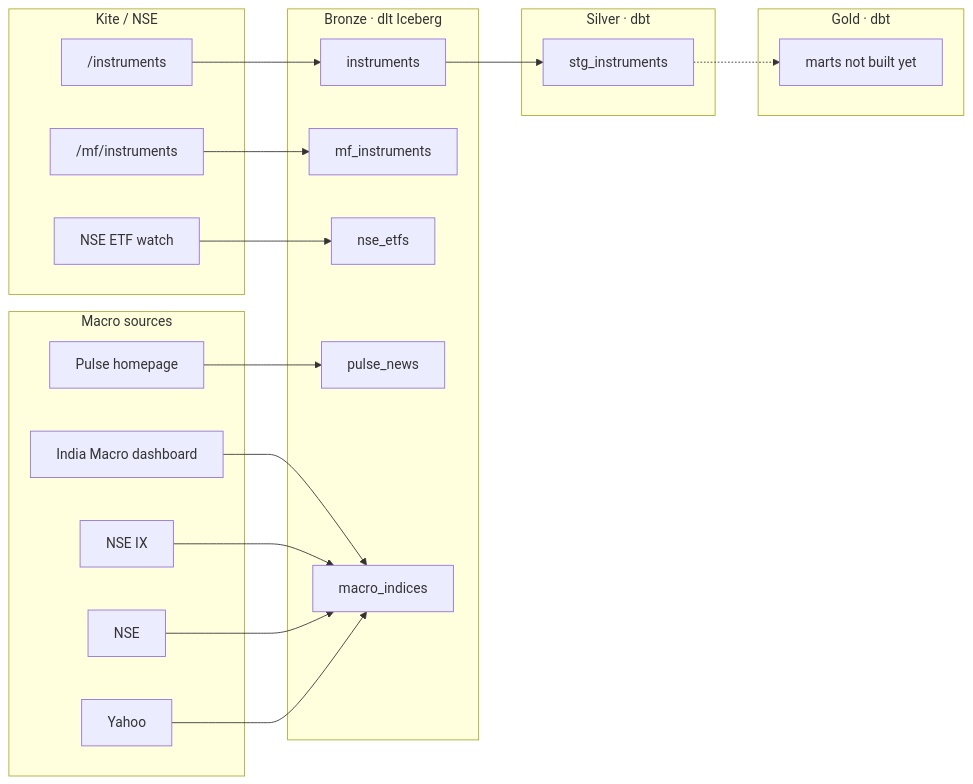
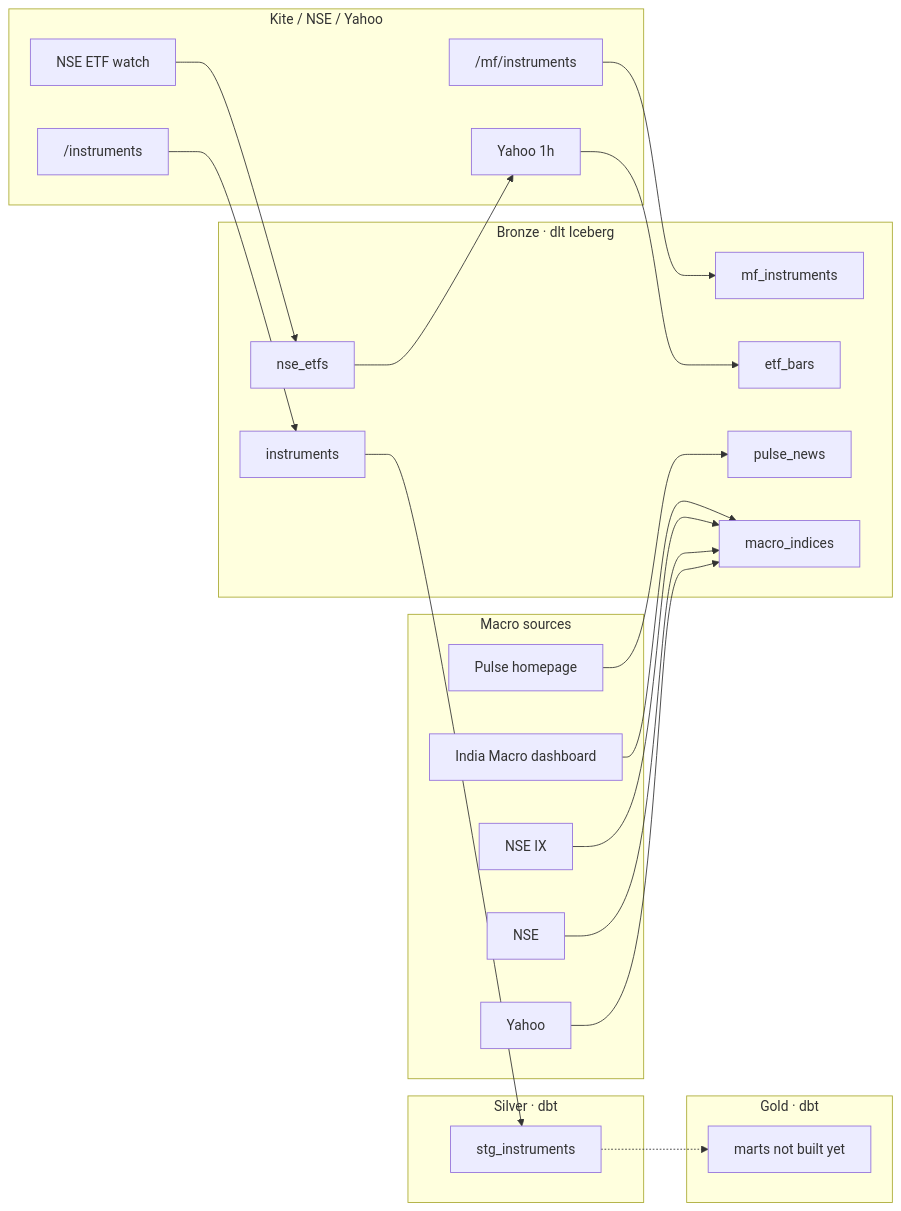
One commit to kunal-dey/investment-data-products changed the second of 5 diagrams in README.md. Above: the diagram before and after it, drawn with Mermaid. The commit also changed other lines of this file and 5 other files, not shown here.

````diff
--- a/README.md
+++ b/README.md
@@ -71,41 +73,43 @@
 ```mermaid
 flowchart LR
-  subgraph kiteSrc["Kite / NSE"]
+  subgraph kiteSrc["Kite / NSE / Yahoo"]
     KI["/instruments"]
     MF["/mf/instruments"]
     ETF["NSE ETF watch"]
+    YF["Yahoo 1h"]
   end
 
   subgraph macroSrc["Macro sources"]
     Pulse["Pulse homepage"]
     Dash["India Macro dashboard"]
     Nseix["NSE IX"]
     Nse["NSE"]
     Yahoo["Yahoo"]
   end
 
   subgraph bronze["Bronze · dlt Iceberg"]
     B1["instruments"]
     B2["mf_instruments"]
     ET["nse_etfs"]
+    EB["etf_bars"]
     PN["pulse_news"]
     MI["macro_indices"]
   end
 
   subgraph silver["Silver · dbt"]
     S1["stg_instruments"]
   end
 
   subgraph gold["Gold · dbt"]
     G1["marts not built yet"]
   end
 
   KI --> B1 --> S1 -.-> G1
   MF --> B2
-  ETF --> ET
+  ETF --> ET --> YF --> EB
   Pulse --> PN
   Dash --> MI
   Nseix --> MI
   Nse --> MI
   Yahoo --> MI
 ```
````
